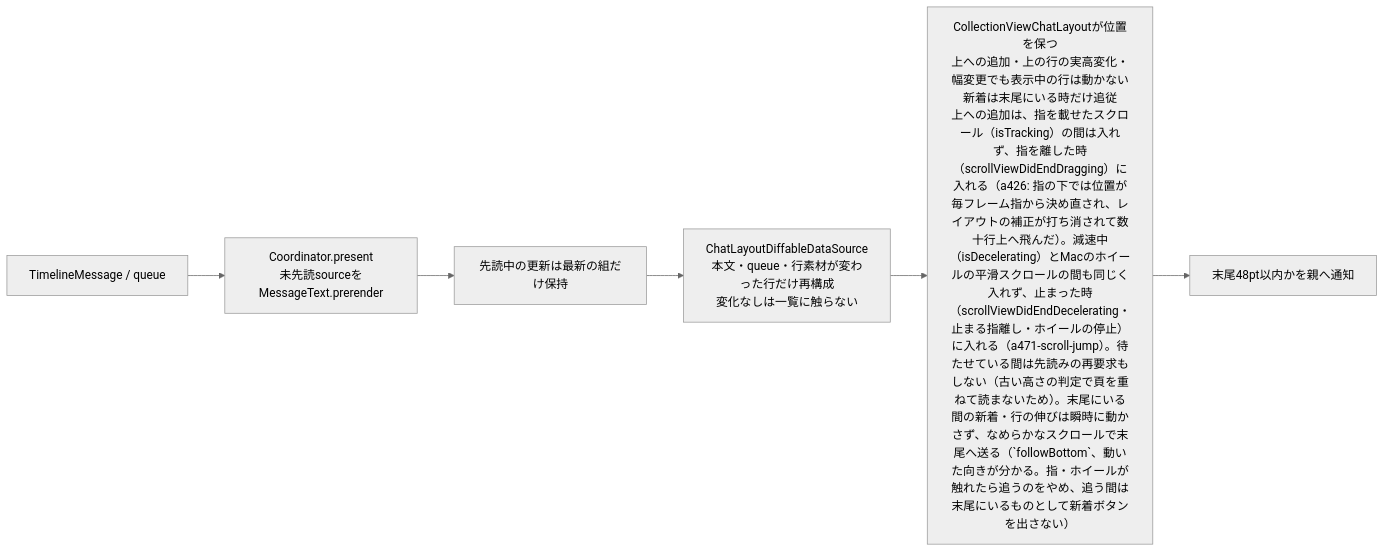
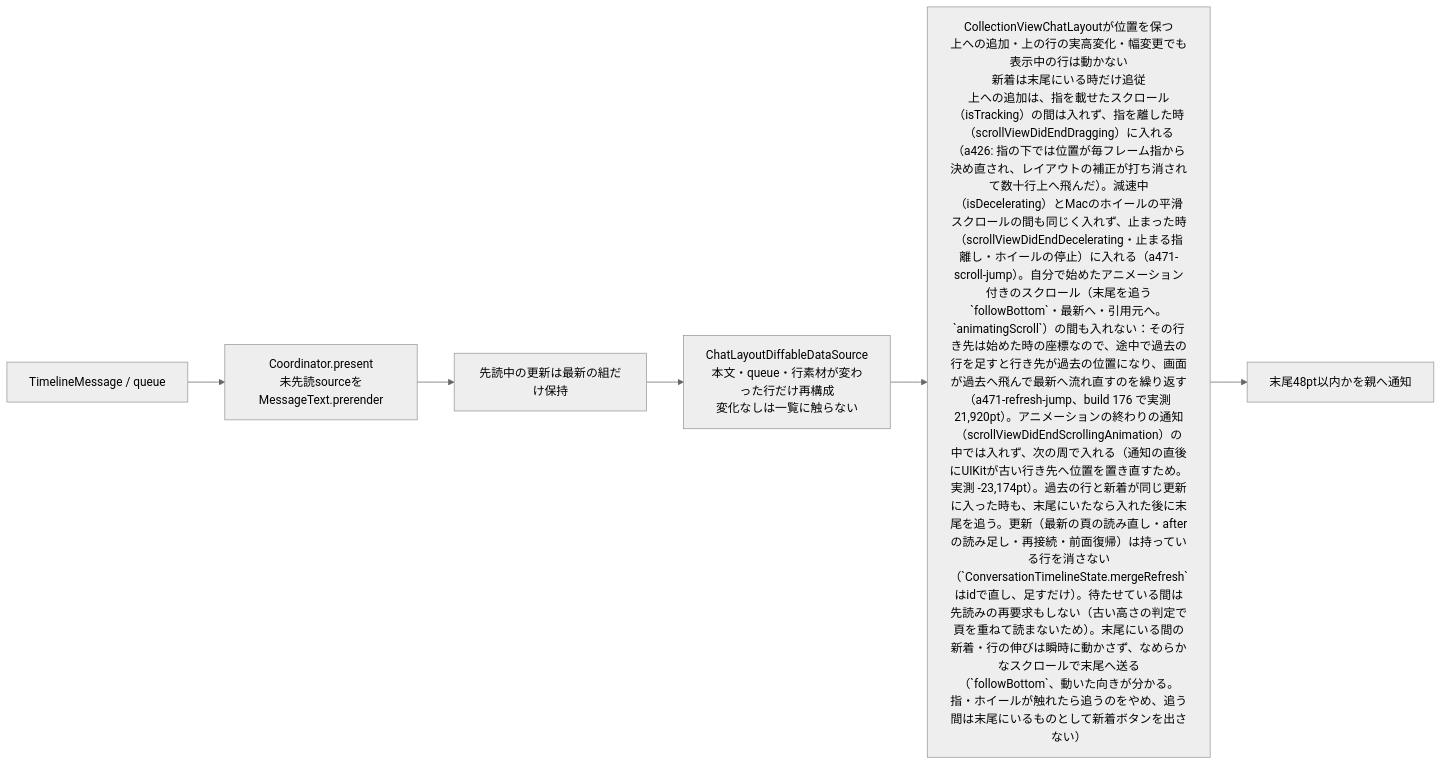
The second of 9 diagrams in docs/architecture/modules/apple/conversation.md (kitepon/BellTeam), drawn with Mermaid (neutral theme) before and after one commit. The commit also changed other lines of this file and 13 other files, not shown here.

Commit message:
Apple build 177: older rows never land during a scroll animation, pages 1000/1000, thinking bubble

````diff
--- a/docs/architecture/modules/apple/conversation.md
+++ b/docs/architecture/modules/apple/conversation.md
@@ -54,8 +54,8 @@
 ```mermaid
 flowchart LR
   Model["TimelineMessage / queue"] --> Prepare["Coordinator.present<br/>未先読sourceをMessageText.prerender"]
   Prepare --> Latest["先読中の更新は最新の組だけ保持"]
   Latest --> Apply["ChatLayoutDiffableDataSource<br/>本文・queue・行素材が変わった行だけ再構成<br/>変化なしは一覧に触らない"]
-  Apply --> Position["CollectionViewChatLayoutが位置を保つ<br/>上への追加・上の行の実高変化・幅変更でも表示中の行は動かない<br/>新着は末尾にいる時だけ追従<br/>上への追加は、指を載せたスクロール（isTracking）の間は入れず、指を離した時（scrollViewDidEndDragging）に入れる（a426: 指の下では位置が毎フレーム指から決め直され、レイアウトの補正が打ち消されて数十行上へ飛んだ）。減速中（isDecelerating）とMacのホイールの平滑スクロールの間も同じく入れず、止まった時（scrollViewDidEndDecelerating・止まる指離し・ホイールの停止）に入れる（a471-scroll-jump）。待たせている間は先読みの再要求もしない（古い高さの判定で頁を重ねて読まないため）。末尾にいる間の新着・行の伸びは瞬時に動かさず、なめらかなスクロールで末尾へ送る（`followBottom`、動いた向きが分かる。指・ホイールが触れたら追うのをやめ、追う間は末尾にいるものとして新着ボタンを出さない）"]
+  Apply --> Position["CollectionViewChatLayoutが位置を保つ<br/>上への追加・上の行の実高変化・幅変更でも表示中の行は動かない<br/>新着は末尾にいる時だけ追従<br/>上への追加は、指を載せたスクロール（isTracking）の間は入れず、指を離した時（scrollViewDidEndDragging）に入れる（a426: 指の下では位置が毎フレーム指から決め直され、レイアウトの補正が打ち消されて数十行上へ飛んだ）。減速中（isDecelerating）とMacのホイールの平滑スクロールの間も同じく入れず、止まった時（scrollViewDidEndDecelerating・止まる指離し・ホイールの停止）に入れる（a471-scroll-jump）。自分で始めたアニメーション付きのスクロール（末尾を追う`followBottom`・最新へ・引用元へ。`animatingScroll`）の間も入れない：その行き先は始めた時の座標なので、途中で過去の行を足すと行き先が過去の位置になり、画面が過去へ飛んで最新へ流れ直すのを繰り返す（a471-refresh-jump、build 176 で実測 21,920pt）。アニメーションの終わりの通知（scrollViewDidEndScrollingAnimation）の中では入れず、次の周で入れる（通知の直後にUIKitが古い行き先へ位置を置き直すため。実測 -23,174pt）。過去の行と新着が同じ更新に入った時も、末尾にいたなら入れた後に末尾を追う。更新（最新の頁の読み直し・afterの読み足し・再接続・前面復帰）は持っている行を消さない（`ConversationTimelineState.mergeRefresh`はidで直し、足すだけ）。待たせている間は先読みの再要求もしない（古い高さの判定で頁を重ねて読まないため）。末尾にいる間の新着・行の伸びは瞬時に動かさず、なめらかなスクロールで末尾へ送る（`followBottom`、動いた向きが分かる。指・ホイールが触れたら追うのをやめ、追う間は末尾にいるものとして新着ボタンを出さない）"]
   Position --> Callback["末尾48pt以内かを親へ通知"]
 ```
````
